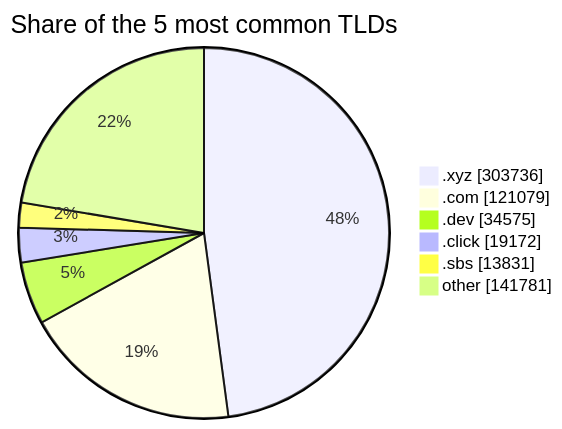
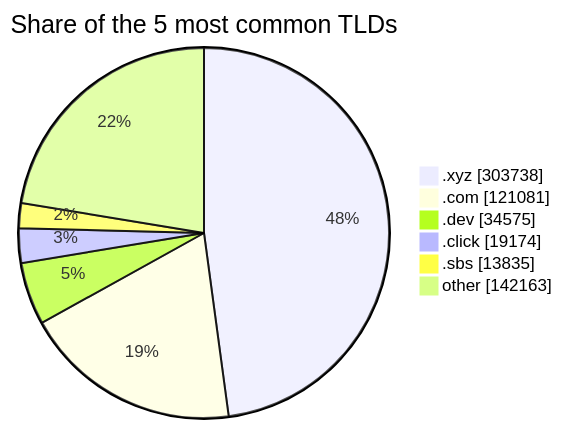
One commit to DNSBunker/CTI changed the third of 3 diagrams in README.md. Above: the diagram before and after it, drawn with Mermaid. The commit also changed other lines of this file and 3 other files, not shown here.

````diff
--- a/README.md
+++ b/README.md
@@ -81,9 +81,9 @@
 ```mermaid
 pie showData title Share of the 5 most common TLDs
-    ".xyz" : 303736
-    ".com" : 121079
+    ".xyz" : 303738
+    ".com" : 121081
     ".dev" : 34575
-    ".click" : 19172
-    ".sbs" : 13831
-    "other" : 141781
+    ".click" : 19174
+    ".sbs" : 13835
+    "other" : 142163
 ```
````
